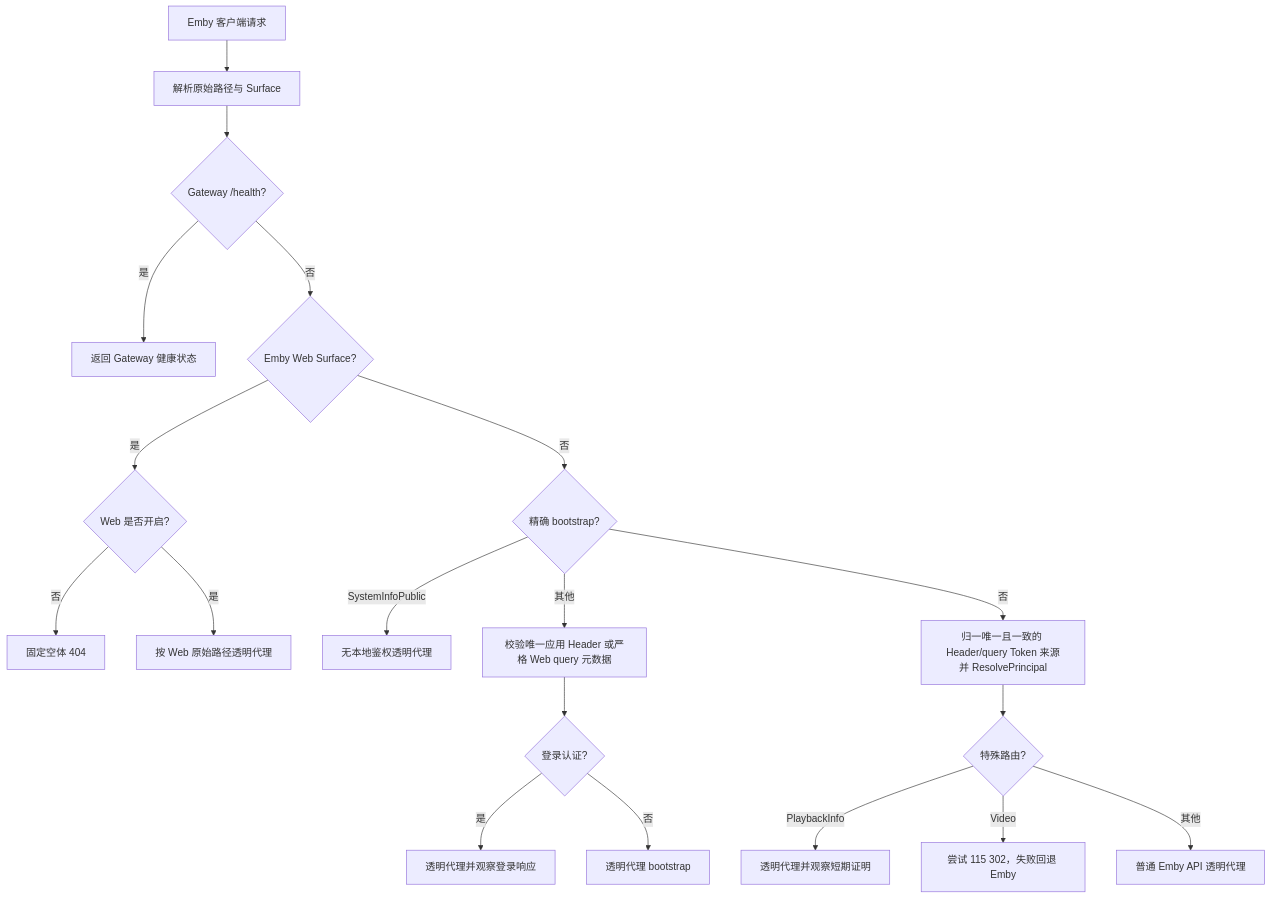
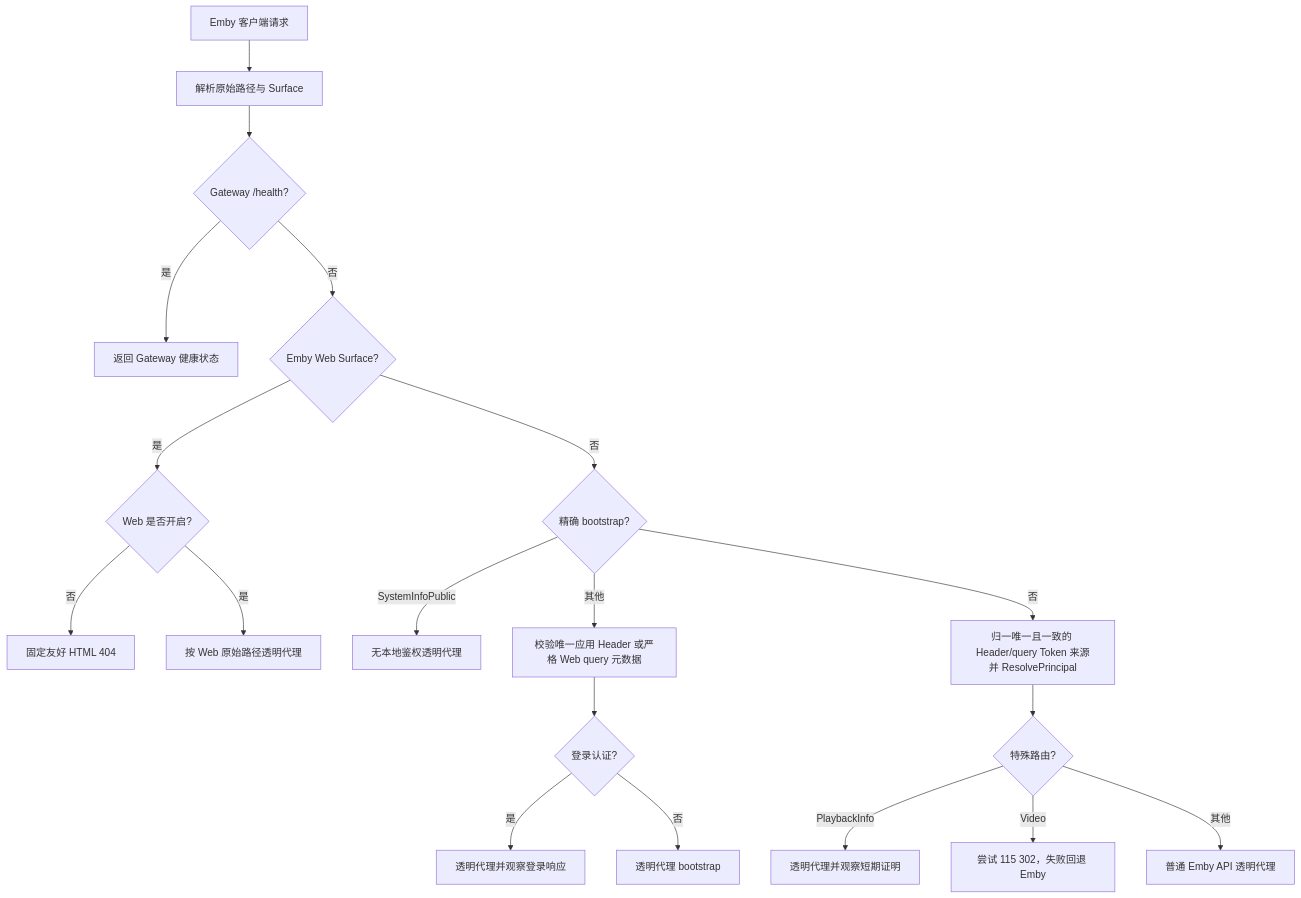
The first of 2 diagrams in docs/plan/architecture/ember-gateway-transparent-proxy-and-web-access.md (konghanghang/ember), drawn with Mermaid before and after one commit. The commit also changed other lines of this file and 6 other files, not shown here.

````diff
--- a/docs/plan/architecture/ember-gateway-transparent-proxy-and-web-access.md
+++ b/docs/plan/architecture/ember-gateway-transparent-proxy-and-web-access.md
@@ -130,21 +130,21 @@
 ```mermaid
 flowchart TD
     Client[Emby 客户端请求] --> Normalize[解析原始路径与 Surface]
     Normalize --> Health{Gateway /health?}
     Health -- 是 --> HealthResponse[返回 Gateway 健康状态]
     Health -- 否 --> Web{Emby Web Surface?}
     Web -- 是 --> WebSwitch{Web 是否开启?}
-    WebSwitch -- 否 --> NotFound[固定空体 404]
+    WebSwitch -- 否 --> NotFound[固定友好 HTML 404]
     WebSwitch -- 是 --> WebProxy[按 Web 原始路径透明代理]
     Web -- 否 --> Bootstrap{精确 bootstrap?}
     Bootstrap -- SystemInfoPublic --> BootstrapProxy[无本地鉴权透明代理]
     Bootstrap -- 其他 --> AppMetadata[校验唯一应用 Header 或严格 Web query 元数据]
     AppMetadata --> BootstrapRoute{登录认证?}
     BootstrapRoute -- 是 --> AuthObserve[透明代理并观察登录响应]
     BootstrapRoute -- 否 --> AuthenticatedBootstrapProxy[透明代理 bootstrap]
     Bootstrap -- 否 --> Principal[归一唯一且一致的 Header/query Token 来源并 ResolvePrincipal]
     Principal --> Route{特殊路由?}
     Route -- PlaybackInfo --> ProofObserve[透明代理并观察短期证明]
     Route -- Video --> DirectPlay[尝试 115 302，失败回退 Emby]
     Route -- 其他 --> DefaultProxy[普通 Emby API 透明代理]
 ```
````
